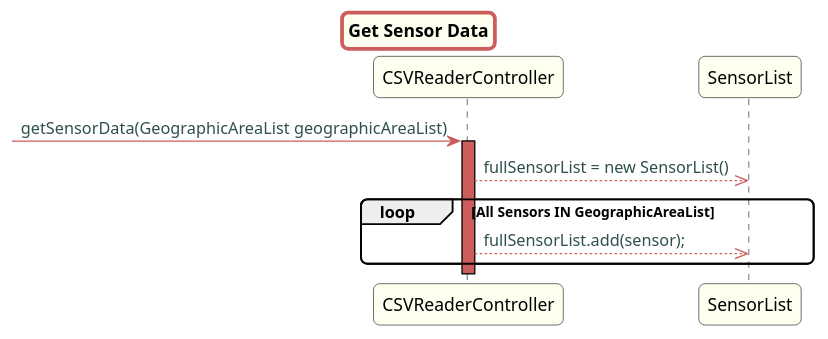
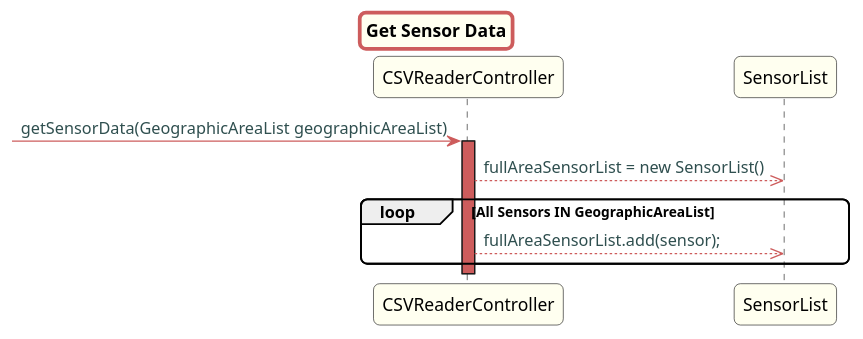
Before and after one commit to Almadanmp/project: the diagram in src/doc/Controllers/HouseConfiguration/US20/US20GetSensorData_sd_HouseConfiguration.puml, drawn with PlantUML. The commit also changed 39 other files, not shown here.

Commit message:
REF#203 REF#197 renames SensorList to AreaSensorList

```diff
--- a/src/doc/Controllers/HouseConfiguration/US20/US20GetSensorData_sd_HouseConfiguration.puml
+++ b/src/doc/Controllers/HouseConfiguration/US20/US20GetSensorData_sd_HouseConfiguration.puml
@@ -1,43 +1,43 @@
 @startuml
 
 title Get Sensor Data
 
 skinparam titleBorderRoundCorner 10
 skinparam titleBorderThickness 3
 skinparam titleBorderColor indianred
 skinparam titleBackgroundColor ivory
 skinparam FontName quicksand
 
 skinparam actor {
  	BorderColor indianred
  	}
 
  skinparam sequence {
  	LifeLineBackgroundColor indianred
  	ParticipantBackgroundColor ivory
  }
 
  skinparam roundcorner 10
 
  skinparam component {
    arrowThickness 1
    ArrowFontName Verdana
    ArrowColor indianred
    ArrowFontColor darkslategrey
  }
 
 
 
 -> CSVReaderController: getSensorData(GeographicAreaList geographicAreaList)
 activate CSVReaderController
-CSVReaderController -->> SensorList: fullSensorList = new SensorList()
+CSVReaderController -->> SensorList: fullAreaSensorList = new SensorList()
 
 loop All Sensors IN GeographicAreaList
 
 
-CSVReaderController -->> SensorList: fullSensorList.add(sensor);
+CSVReaderController -->> SensorList: fullAreaSensorList.add(sensor);
 end
 
 
 
 @enduml
```
